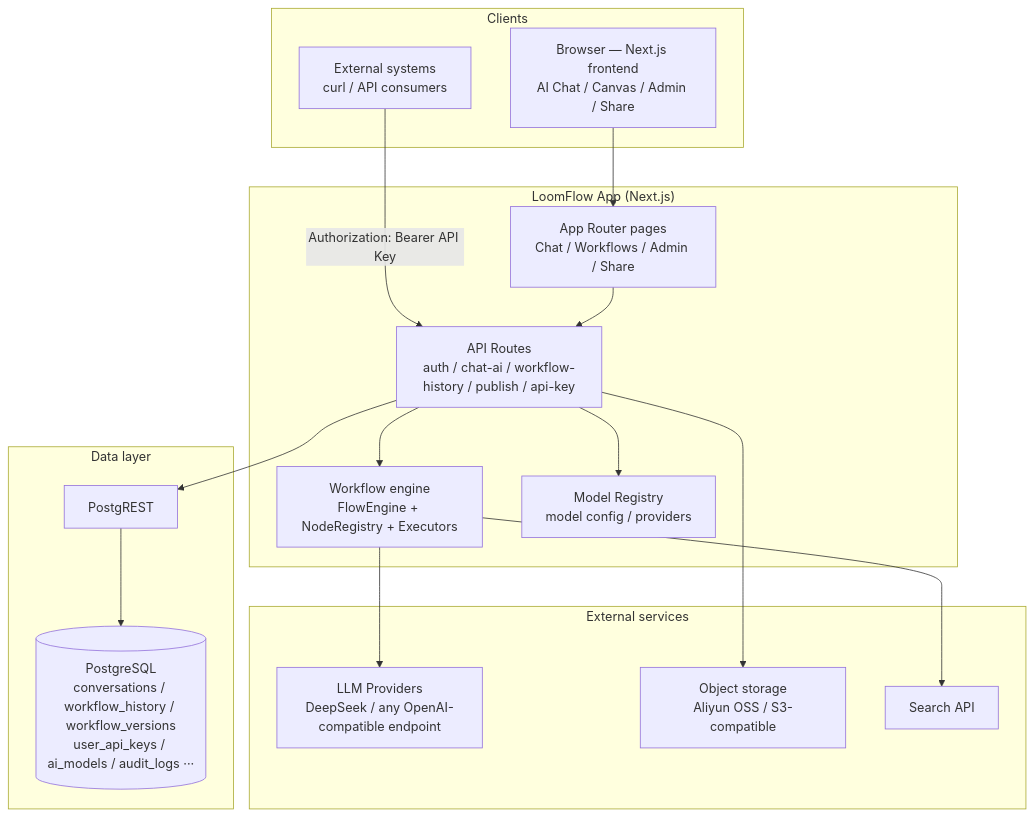
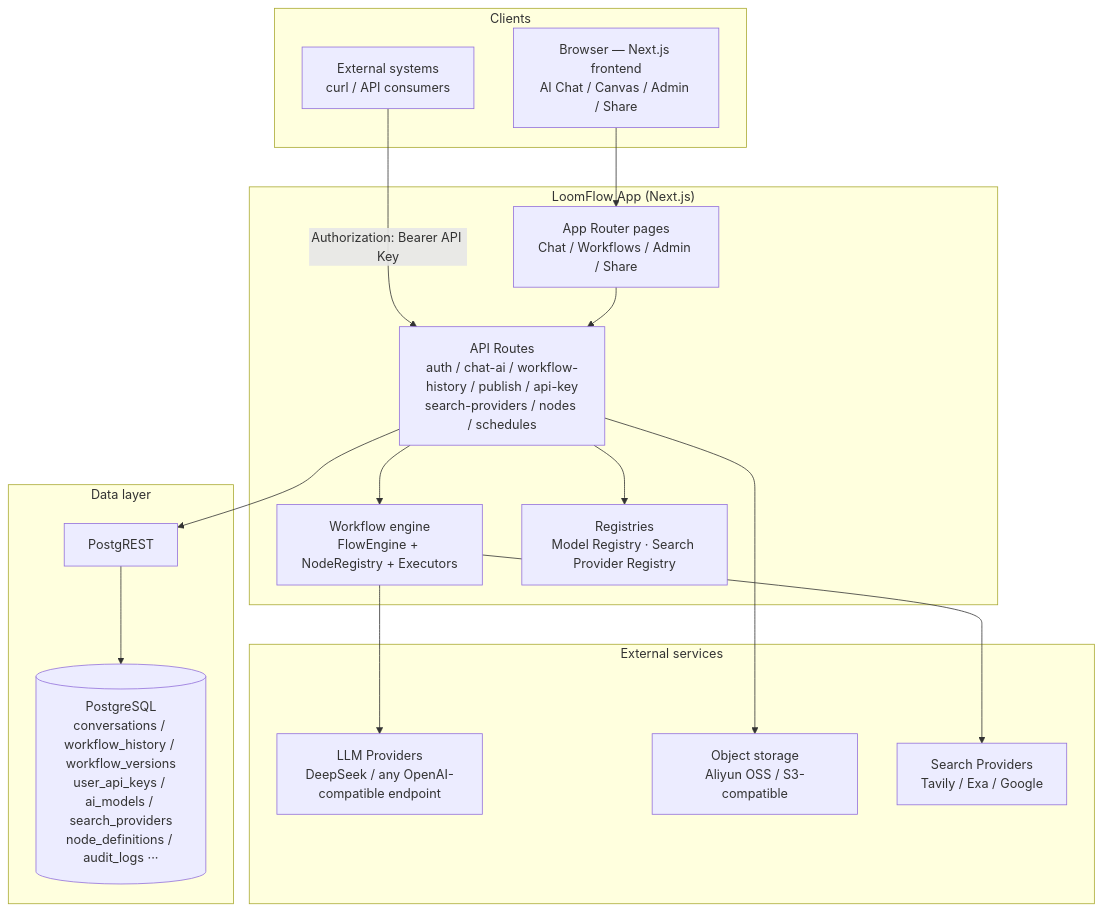
Before and after one commit to banmu123/LoomFlow: the first of 2 diagrams in README.md, drawn with Mermaid. The commit also changed other lines of this file and 1 other file, not shown here.

Commit message:
docs: README 全面同步 v0.1.5 现状——节点数 10→12、部署方式改 Docker Compose、架构图补 Search Registry/migration、目录结构补 search/agent/secrets、SQL 清单补全 8 个文件、health 示例 v0.1.5、删 Drizzle 描述

````diff
--- a/README.md
+++ b/README.md
@@ -105,35 +105,35 @@
 ```mermaid
 flowchart TB
     subgraph Client["Clients"]
         Browser["Browser — Next.js frontend<br/>AI Chat / Canvas / Admin / Share"]
         External["External systems<br/>curl / API consumers"]
     end
 
     subgraph App["LoomFlow App (Next.js)"]
         UI["App Router pages<br/>Chat / Workflows / Admin / Share"]
-        API["API Routes<br/>auth / chat-ai / workflow-history / publish / api-key"]
+        API["API Routes<br/>auth / chat-ai / workflow-history / publish / api-key<br/>search-providers / nodes / schedules"]
         Engine["Workflow engine<br/>FlowEngine + NodeRegistry + Executors"]
-        Registry["Model Registry<br/>model config / providers"]
+        Registry["Registries<br/>Model Registry · Search Provider Registry"]
     end
 
     subgraph Data["Data layer"]
         PostgREST["PostgREST"]
-        PG[("PostgreSQL<br/>conversations / workflow_history / workflow_versions<br/>user_api_keys / ai_models / audit_logs ···")]
+        PG[("PostgreSQL<br/>conversations / workflow_history / workflow_versions<br/>user_api_keys / ai_models / search_providers<br/>node_definitions / audit_logs ···")]
     end
 
     subgraph ExternalSvc["External services"]
         LLM["LLM Providers<br/>DeepSeek / any OpenAI-compatible endpoint"]
         OSS["Object storage<br/>Aliyun OSS / S3-compatible"]
-        Search["Search API"]
+        Search["Search Providers<br/>Tavily / Exa / Google"]
     end
 
     Browser --> UI
     External -->|"Authorization: Bearer API Key"| API
     UI --> API
     API --> Engine
     API --> Registry
     API --> PostgREST --> PG
     Engine --> LLM
     Engine --> Search
     API --> OSS
 ```
````
